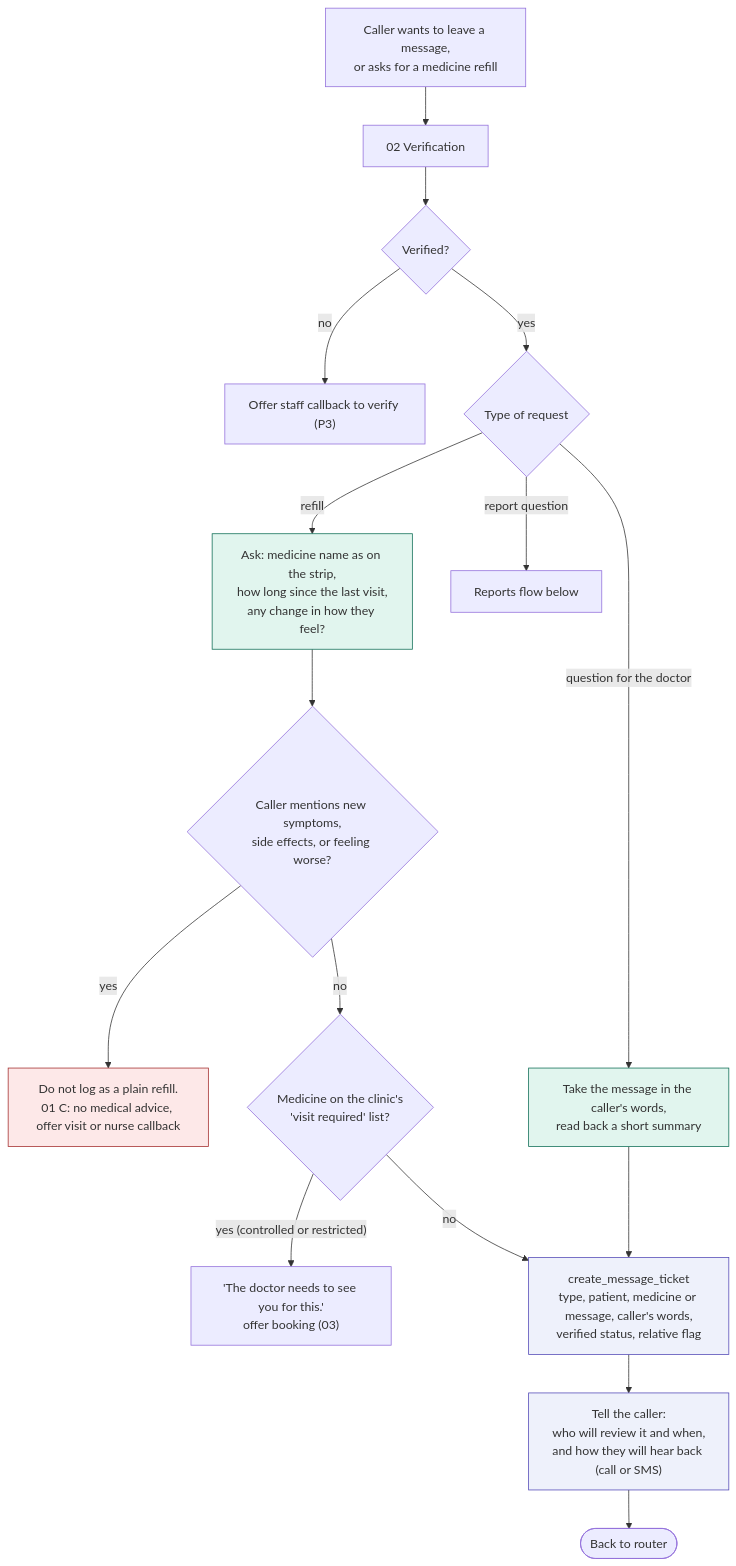
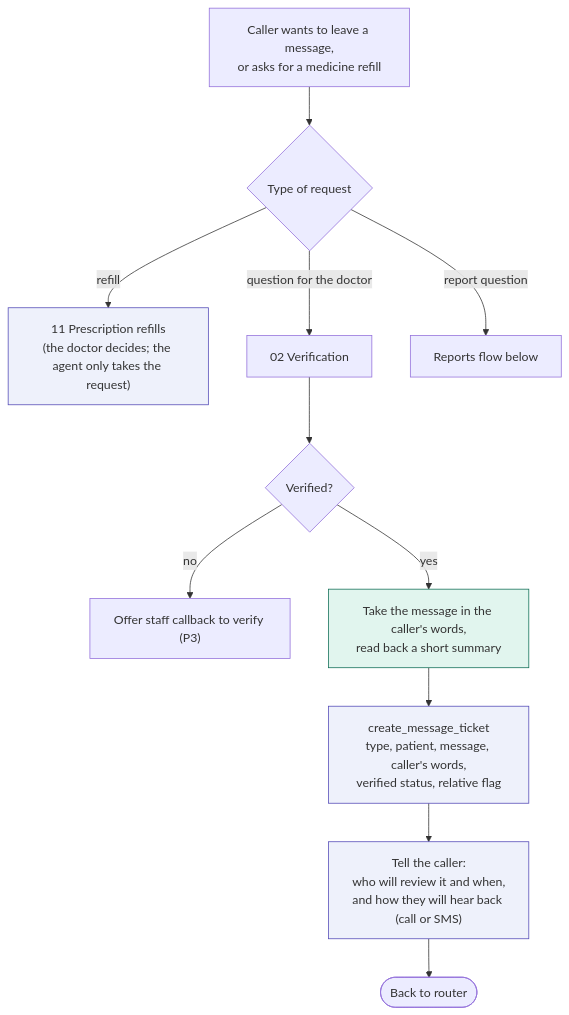
One commit to Anupamgt/tts-agent-1 changed the second of 4 diagrams in docs/flows/05-info-messages-out-of-scope.md. Above: the diagram before and after it, drawn with Mermaid. The commit also changed other lines of this file and 15 other files, not shown here.

First line of the commit message:
Make prescription refills doctor-only (flow 11, S-20)

````diff
--- a/docs/flows/05-info-messages-out-of-scope.md
+++ b/docs/flows/05-info-messages-out-of-scope.md
@@ -31,27 +31,18 @@
 ```mermaid
 flowchart TD
-    M0["Caller wants to leave a message,<br/>or asks for a medicine refill"] --> M1["02 Verification"]
+    M0["Caller wants to leave a message,<br/>or asks for a medicine refill"] --> M2{"Type of request"}
+    M2 -->|"refill"| RF["11 Prescription refills<br/>(the doctor decides; the agent only takes the request)"]
+    M2 -->|"question for the doctor"| M1["02 Verification"]
+    M2 -->|"report question"| RP["Reports flow below"]
     M1 --> M1a{"Verified?"}
     M1a -->|"no"| M1b["Offer staff callback to verify (P3)"]
-    M1a -->|"yes"| M2{"Type of request"}
-
-    M2 -->|"refill"| M3["Ask: medicine name as on the strip,<br/>how long since the last visit,<br/>any change in how they feel?"]
-    M3 --> M4{"Caller mentions new symptoms,<br/>side effects, or feeling worse?"}
-    M4 -->|"yes"| M4a["Do not log as a plain refill.<br/>01 C: no medical advice, offer visit or nurse callback"]
-    M4 -->|"no"| M5{"Medicine on the clinic's<br/>'visit required' list?"}
-    M5 -->|"yes (controlled or restricted)"| M5a["'The doctor needs to see you for this.'<br/>offer booking (03)"]
-    M5 -->|"no"| M6
-    M2 -->|"question for the doctor"| M7["Take the message in the caller's words,<br/>read back a short summary"]
-    M2 -->|"report question"| RP["Reports flow below"]
-    M7 --> M6
-    M6["create_message_ticket<br/>type, patient, medicine or message, caller's words,<br/>verified status, relative flag"]
+    M1a -->|"yes"| M7["Take the message in the caller's words,<br/>read back a short summary"]
+    M7 --> M6["create_message_ticket<br/>type, patient, message, caller's words,<br/>verified status, relative flag"]
     M6 --> M8["Tell the caller:<br/>who will review it and when,<br/>and how they will hear back (call or SMS)"]
     M8 --> M9(["Back to router"])
 
     classDef agent fill:#e1f5ee,stroke:#0f6e56;
     classDef human fill:#eef1fb,stroke:#534ab7;
-    classDef safety fill:#fde8e8,stroke:#a32d2d;
-    class M3,M7 agent;
-    class M6,M8 human;
-    class M4a safety;
+    class M7 agent;
+    class M6,M8,RF human;
 ```
````
